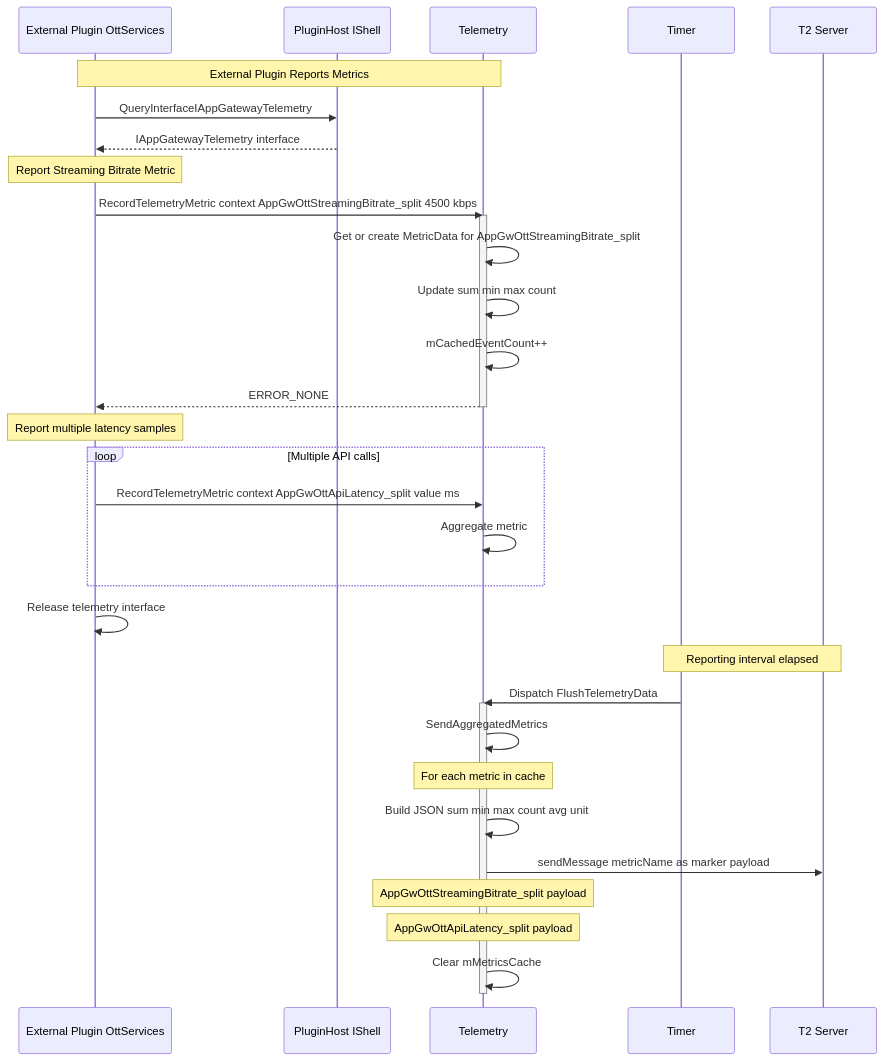
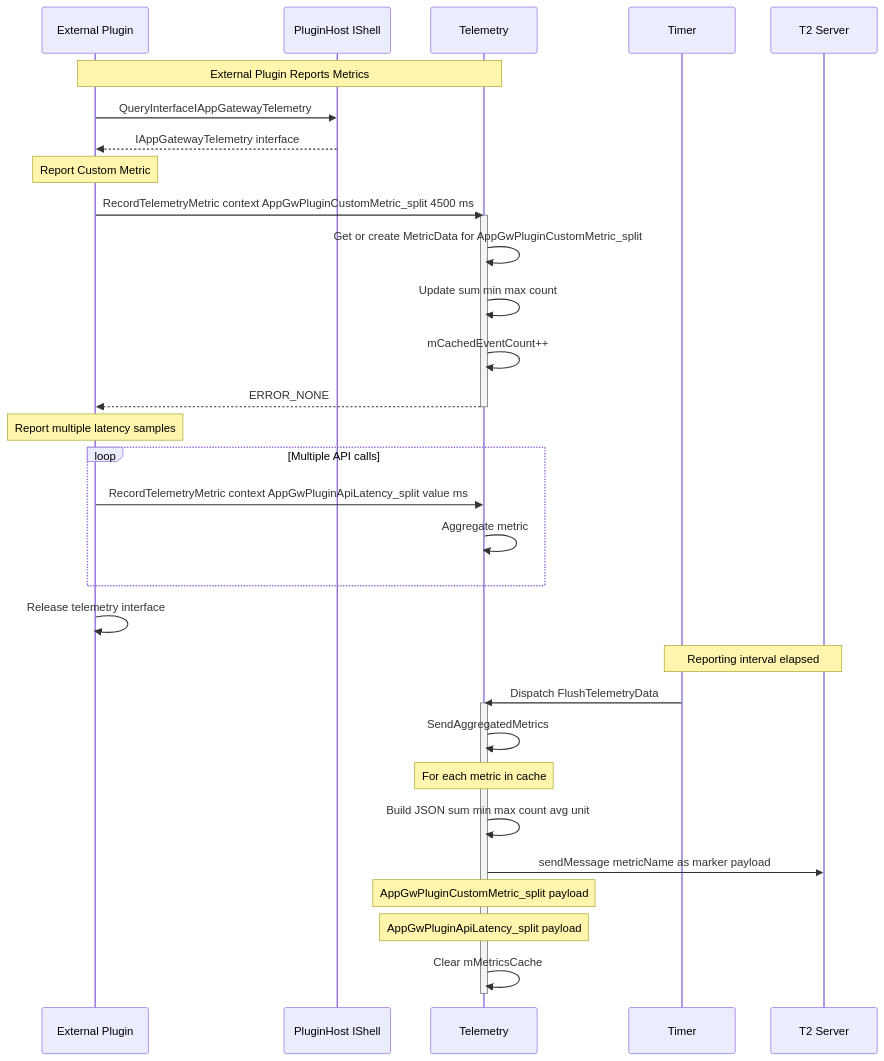
One commit to rdkcentral/entservices-appgateway changed the diagram in AppGateway/docs/sequence-diagrams/07_COM_RPC_Metric_Recording.md. Above: the diagram before and after it, drawn with Mermaid. The commit also changed other lines of this file and 12 other files, not shown here.

````diff
--- a/AppGateway/docs/sequence-diagrams/07_COM_RPC_Metric_Recording.md
+++ b/AppGateway/docs/sequence-diagrams/07_COM_RPC_Metric_Recording.md
@@ -9,47 +9,47 @@
 ```mermaid
 sequenceDiagram
-    participant Ext as External Plugin OttServices
+    participant Ext as External Plugin
     participant Shell as PluginHost IShell
     participant AGT as Telemetry
     participant Timer as Timer
     participant T2 as T2 Server
 
     Note over Ext,AGT: External Plugin Reports Metrics
     
     Ext->>Shell: QueryInterfaceIAppGatewayTelemetry
     Shell-->>Ext: IAppGatewayTelemetry interface
     
-    Note over Ext: Report Streaming Bitrate Metric
-    Ext->>AGT: RecordTelemetryMetric context AppGwOttStreamingBitrate_split 4500 kbps
+    Note over Ext: Report Custom Metric
+    Ext->>AGT: RecordTelemetryMetric context AppGwPluginCustomMetric_split 4500 ms
     activate AGT
-    AGT->>AGT: Get or create MetricData for AppGwOttStreamingBitrate_split
+    AGT->>AGT: Get or create MetricData for AppGwPluginCustomMetric_split
     AGT->>AGT: Update sum min max count
     AGT->>AGT: mCachedEventCount++
     AGT-->>Ext: ERROR_NONE
     deactivate AGT
     
     Note over Ext: Report multiple latency samples
     loop Multiple API calls
-        Ext->>AGT: RecordTelemetryMetric context AppGwOttApiLatency_split value ms
+        Ext->>AGT: RecordTelemetryMetric context AppGwPluginApiLatency_split value ms
         AGT->>AGT: Aggregate metric
     end
     
     Ext->>Ext: Release telemetry interface
 
     Note over Timer,T2: Reporting interval elapsed
 
     Timer->>AGT: Dispatch FlushTelemetryData
     activate AGT
     
     AGT->>AGT: SendAggregatedMetrics
     
     Note over AGT: For each metric in cache
     AGT->>AGT: Build JSON sum min max count avg unit
     AGT->>T2: sendMessage metricName as marker payload
     
-    Note over AGT: AppGwOttStreamingBitrate_split payload
-    Note over AGT: AppGwOttApiLatency_split payload
+    Note over AGT: AppGwPluginCustomMetric_split payload
+    Note over AGT: AppGwPluginApiLatency_split payload
     
     AGT->>AGT: Clear mMetricsCache
     deactivate AGT
 ```
````
